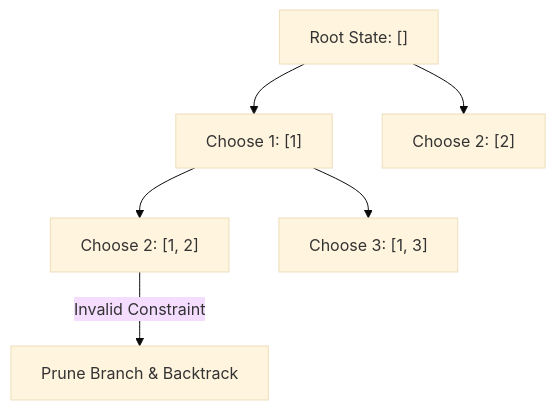
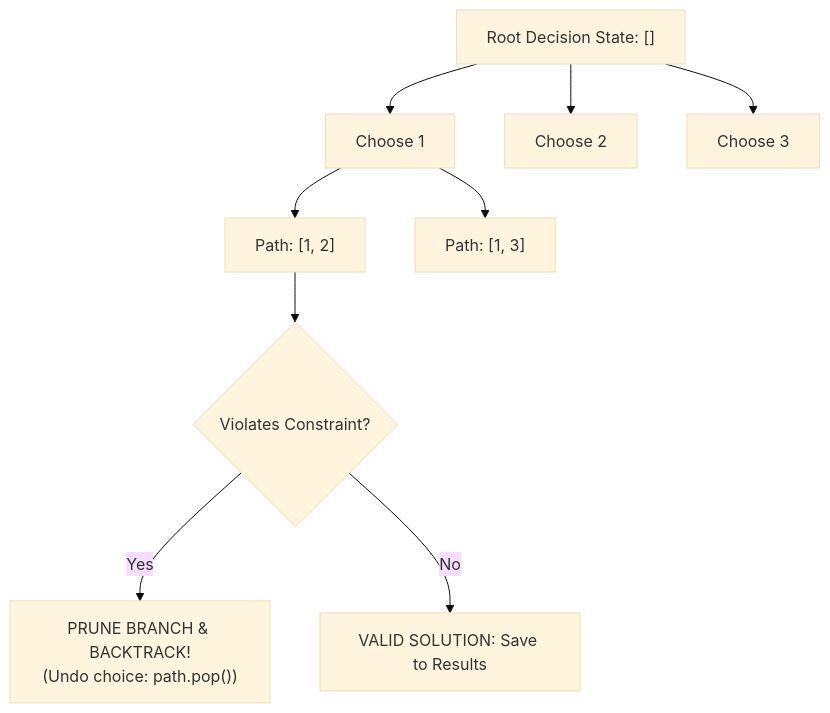
One commit to Amie-dev/engineering-playbook changed the first of 2 diagrams in js-dsa/20-backtracking.md. Above: the diagram before and after it, drawn with Mermaid (base theme). The commit also changed other lines of this file and 24 other files, not shown here.

````diff
--- a/js-dsa/20-backtracking.md
+++ b/js-dsa/20-backtracking.md
@@ -10,10 +13,13 @@
 ```mermaid
-graph TD
-    Root["Root State: []"] --> Choice1["Choose 1: [1]"]
-    Root --> Choice2["Choose 2: [2]"]
-    
-    Choice1 --> Child1["Choose 2: [1, 2]"]
-    Choice1 --> Child2["Choose 3: [1, 3]"]
+flowchart TD
+    Root["Root Decision State: []"] --> Choose1["Choose 1"]
+    Root --> Choose2["Choose 2"]
+    Root --> Choose3["Choose 3"]
 
-    Child1 -->|Invalid Constraint| Backtrack["Prune Branch & Backtrack"]
+    Choose1 --> Branch1_1["Path: [1, 2]"]
+    Choose1 --> Branch1_2["Path: [1, 3]"]
+
+    Branch1_1 --> Validate1{Violates Constraint?}
+    Validate1 -- Yes --> Prune1["PRUNE BRANCH & BACKTRACK!<br/>(Undo choice: path.pop())"]
+    Validate1 -- No --> Sol1["VALID SOLUTION: Save to Results"]
 ```
````
